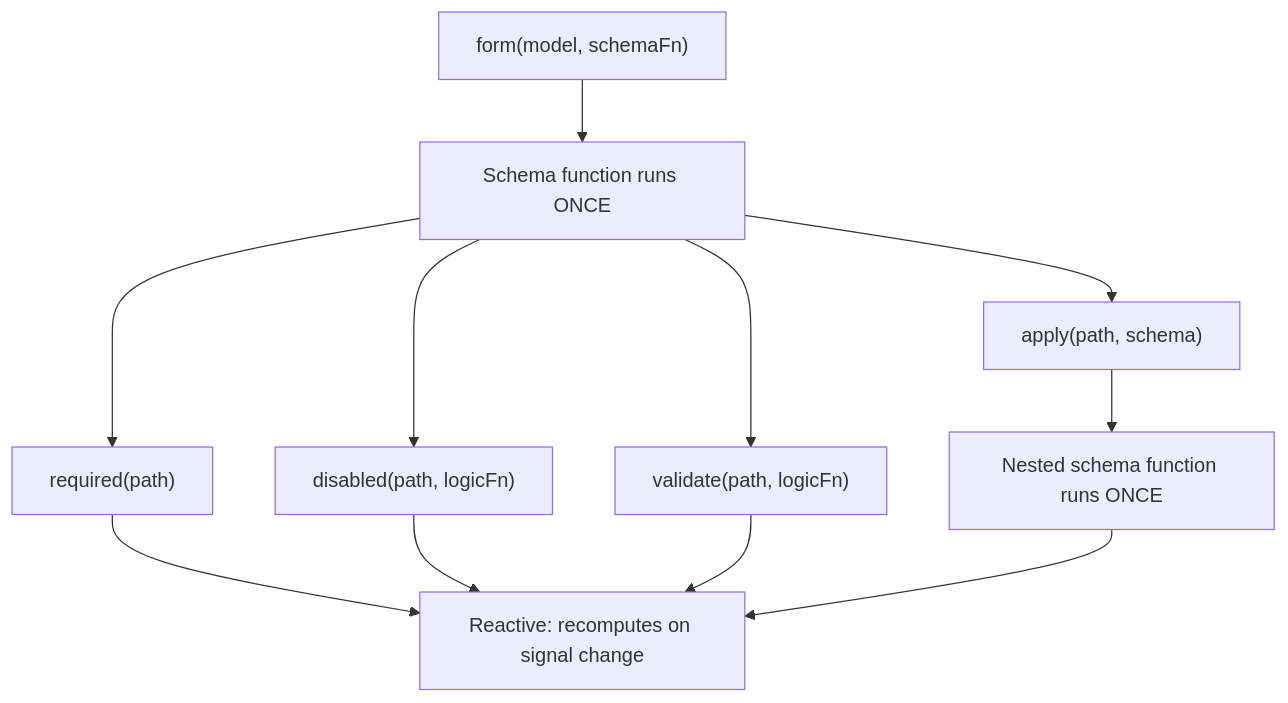
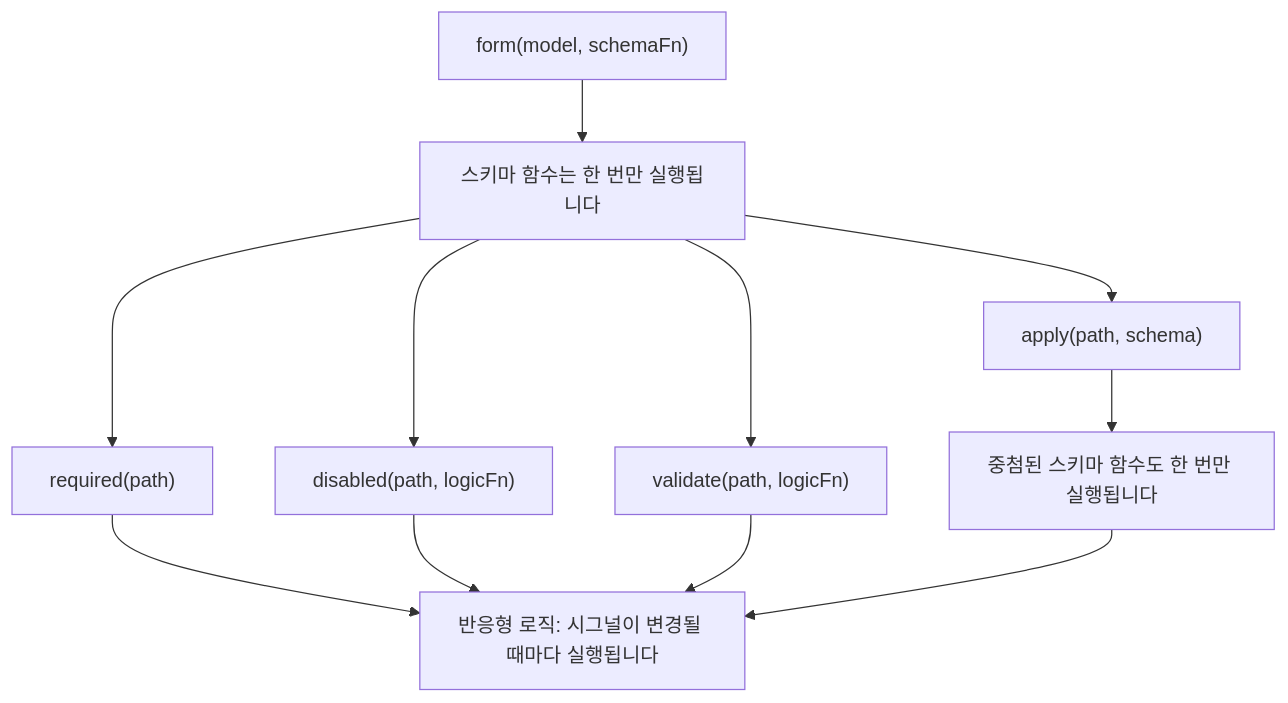
One commit to han41858/angular-ko changed the diagram in adev/src/content/guide/forms/signals/schemas.md. Above: the diagram before and after it, drawn with Mermaid. The commit also changed other lines of this file, not shown here.

````diff
--- a/adev/src/content/guide/forms/signals/schemas.md
+++ b/adev/src/content/guide/forms/signals/schemas.md
@@ -18,13 +60,13 @@
 ```mermaid
 graph TD
-    A["form(model, schemaFn)"] --> B["Schema function runs ONCE"]
+    A["form(model, schemaFn)"] --> B["스키마 함수는 한 번만 실행됩니다"]
     B --> C["required(path)"]
     B --> D["disabled(path, logicFn)"]
     B --> E["validate(path, logicFn)"]
     B --> F["apply(path, schema)"]
-    C --> G["Reactive: recomputes on signal change"]
+    C --> G["반응형 로직: 시그널이 변경될 때마다 실행됩니다"]
     D --> G
     E --> G
-    F --> B2["Nested schema function runs ONCE"]
+    F --> B2["중첨된 스키마 함수도 한 번만 실행됩니다"]
     B2 --> G
 ```
````
